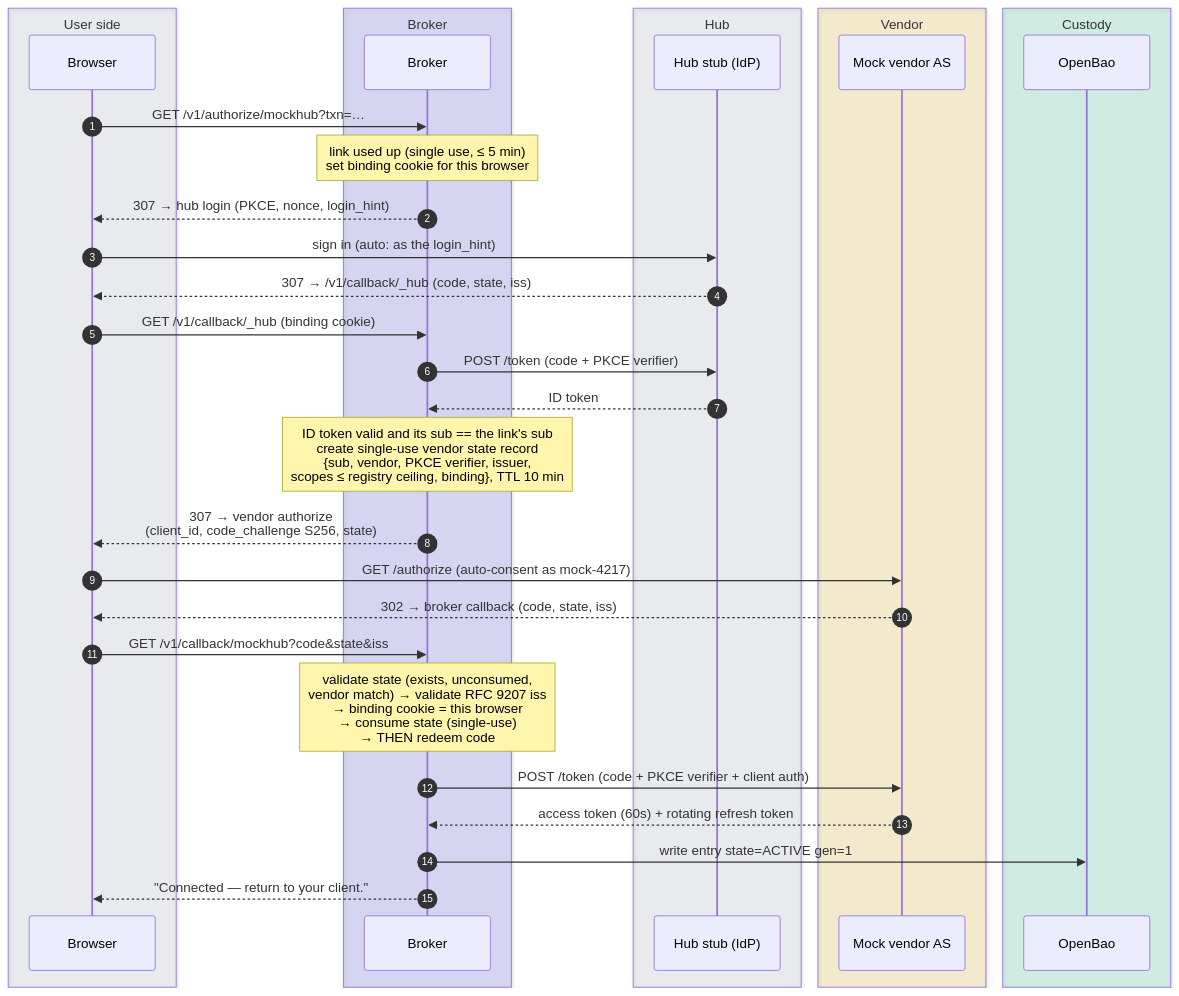
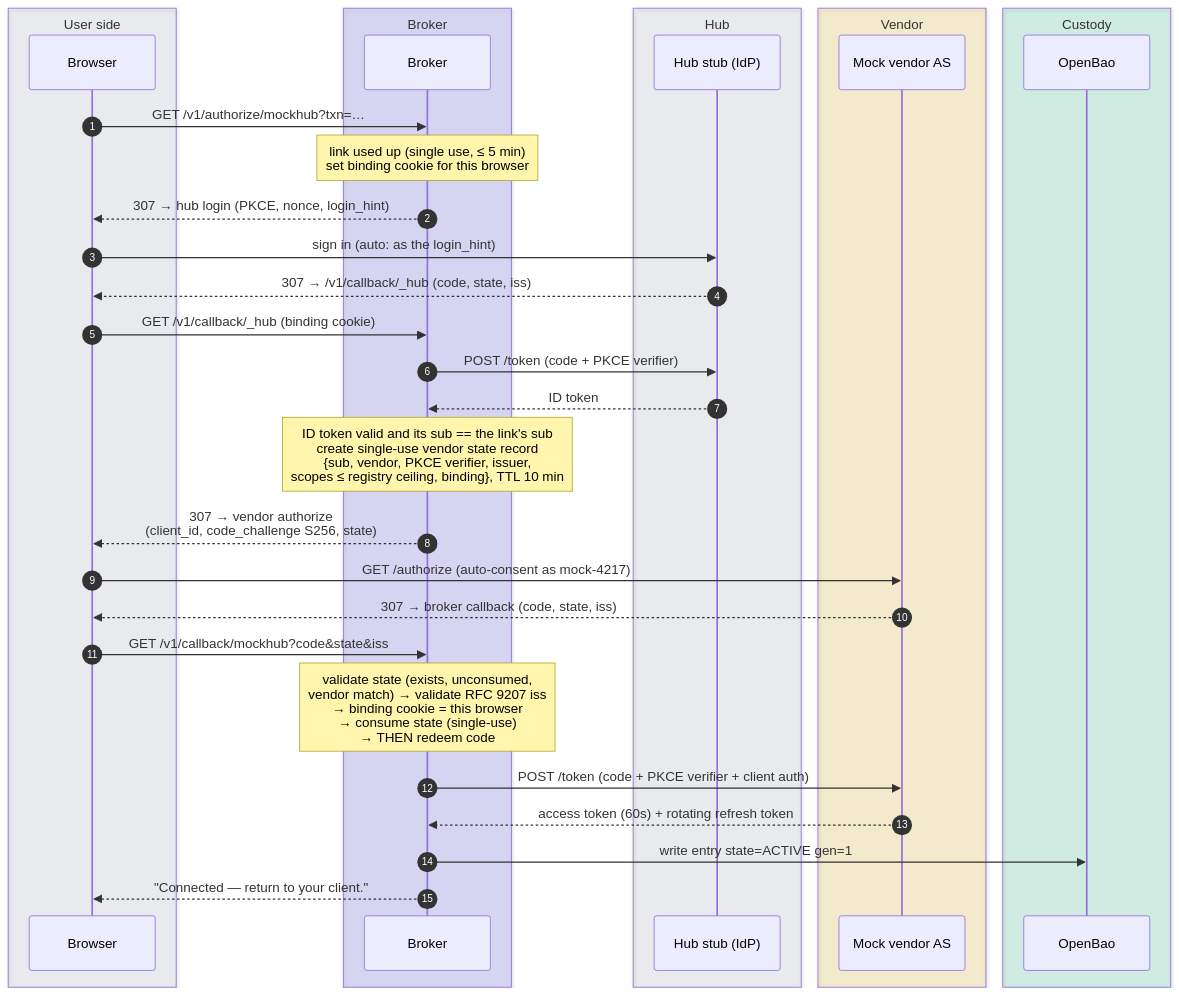
One commit to chief-builder/vendor-token-broker changed the third of 7 diagrams in docs/smoke-tests.md. Above: the diagram before and after it, drawn with Mermaid. The commit also changed other lines of this file and 20 other files, not shown here.

````diff
--- a/docs/smoke-tests.md
+++ b/docs/smoke-tests.md
@@ -171,37 +171,37 @@
 ```mermaid
 sequenceDiagram
     autonumber
     box rgba(148,163,184,0.14) User side
         participant UA as Browser
     end
     box rgba(99,102,241,0.20) Broker
         participant B as Broker
     end
     box rgba(148,163,184,0.14) Hub
         participant H as Hub stub (IdP)
     end
     box rgba(234,179,8,0.16) Vendor
         participant M as Mock vendor AS
     end
     box rgba(16,185,129,0.16) Custody
         participant V as OpenBao
     end
     UA->>B: GET /v1/authorize/mockhub?txn=…
     Note over B: link used up (single use, ≤ 5 min)<br/>set binding cookie for this browser
     B-->>UA: 307 → hub login (PKCE, nonce, login_hint)
     UA->>H: sign in (auto: as the login_hint)
     H-->>UA: 307 → /v1/callback/_hub (code, state, iss)
     UA->>B: GET /v1/callback/_hub (binding cookie)
     B->>H: POST /token (code + PKCE verifier)
     H-->>B: ID token
     Note over B: ID token valid and its sub == the link's sub<br/>create single-use vendor state record<br/>{sub, vendor, PKCE verifier, issuer,<br/>scopes ≤ registry ceiling, binding}, TTL 10 min
     B-->>UA: 307 → vendor authorize<br/>(client_id, code_challenge S256, state)
     UA->>M: GET /authorize (auto-consent as mock-4217)
-    M-->>UA: 302 → broker callback (code, state, iss)
+    M-->>UA: 307 → broker callback (code, state, iss)
     UA->>B: GET /v1/callback/mockhub?code&state&iss
     Note over B: validate state (exists, unconsumed,<br/>vendor match) → validate RFC 9207 iss<br/>→ binding cookie = this browser<br/>→ consume state (single-use)<br/>→ THEN redeem code
     B->>M: POST /token (code + PKCE verifier + client auth)
     M-->>B: access token (60s) + rotating refresh token
     B->>V: write entry state=ACTIVE gen=1
     B-->>UA: "Connected — return to your client."
 ```
````
